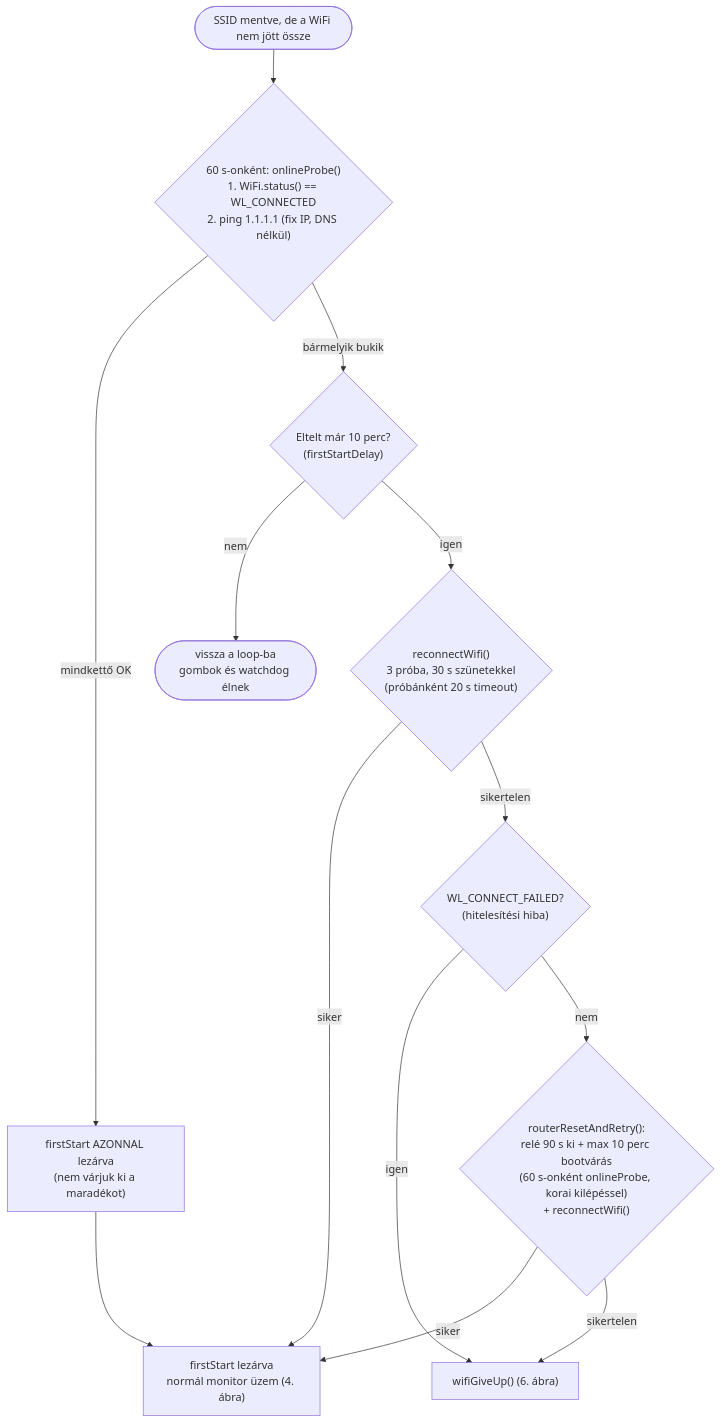
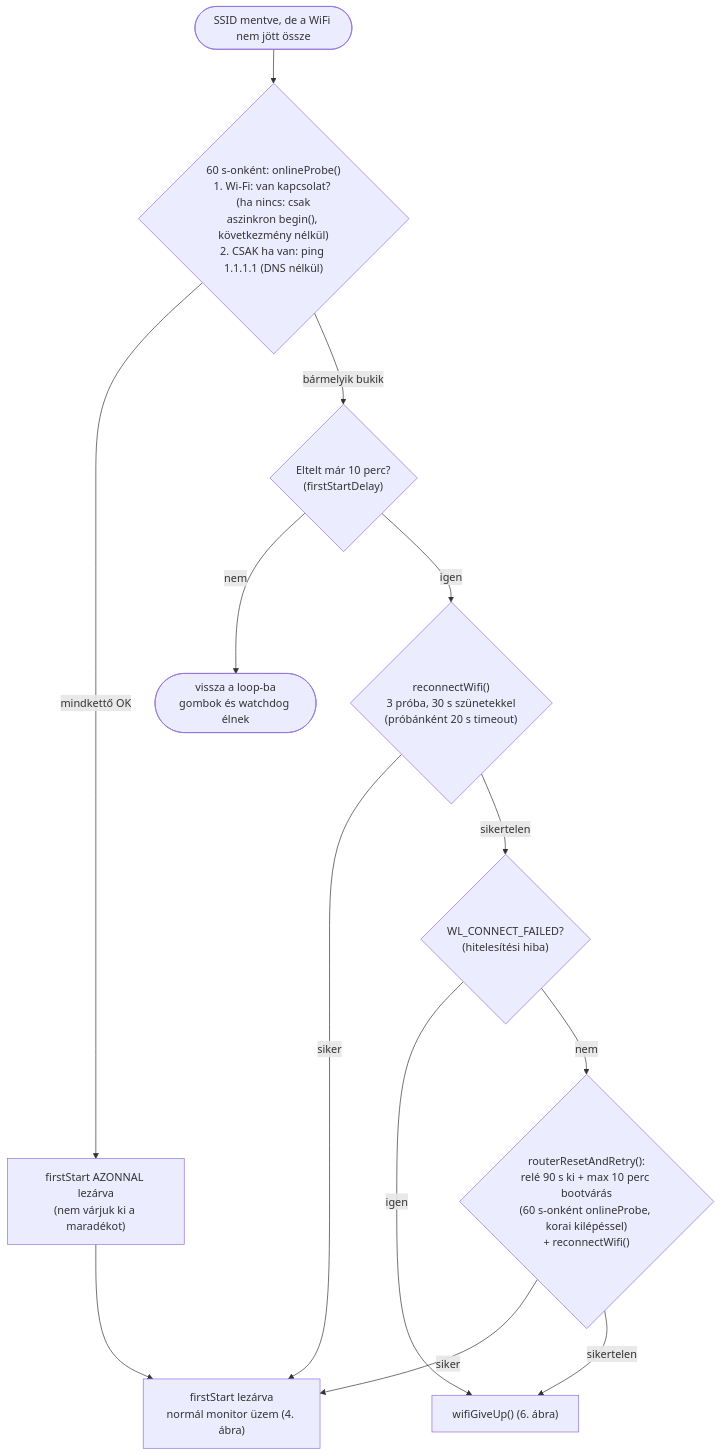
One commit to manszabi/bazsi-router-reboot changed the third of 9 diagrams in FOLYAMATABRA.md. Above: the diagram before and after it, drawn with Mermaid. The commit also changed other lines of this file and 3 other files, not shown here.

````diff
--- a/FOLYAMATABRA.md
+++ b/FOLYAMATABRA.md
@@ -85,15 +85,15 @@
 ```mermaid
 flowchart TD
-    IN([SSID mentve, de a WiFi nem jött össze]) --> PRB{"60 s-onként: onlineProbe()<br>1. WiFi.status() == WL_CONNECTED<br>2. ping 1.1.1.1 (fix IP, DNS nélkül)"}
+    IN([SSID mentve, de a WiFi nem jött össze]) --> PRB{"60 s-onként: onlineProbe()<br>1. Wi-Fi: van kapcsolat? (ha nincs: csak<br>aszinkron begin(), következmény nélkül)<br>2. CSAK ha van: ping 1.1.1.1 (DNS nélkül)"}
     PRB -->|"mindkettő OK"| EARLY["firstStart AZONNAL lezárva<br>(nem várjuk ki a maradékot)"]
     EARLY --> DONE
     PRB -->|"bármelyik bukik"| WAIT{"Eltelt már 10 perc?<br>(firstStartDelay)"}
     WAIT -->|nem| BACK([vissza a loop-ba<br>gombok és watchdog élnek])
     WAIT -->|igen| REC{"reconnectWifi()<br>3 próba, 30 s szünetekkel<br>(próbánként 20 s timeout)"}
     REC -->|siker| DONE["firstStart lezárva<br>normál monitor üzem (4. ábra)"]
     REC -->|sikertelen| AUTH{"WL_CONNECT_FAILED?<br>(hitelesítési hiba)"}
     AUTH -->|igen| GU["wifiGiveUp() (6. ábra)"]
     AUTH -->|nem| RST{"routerResetAndRetry():<br>relé 90 s ki + max 10 perc bootvárás<br>(60 s-onként onlineProbe, korai kilépéssel)<br>+ reconnectWifi()"}
     RST -->|siker| DONE
     RST -->|sikertelen| GU
 ```
````
